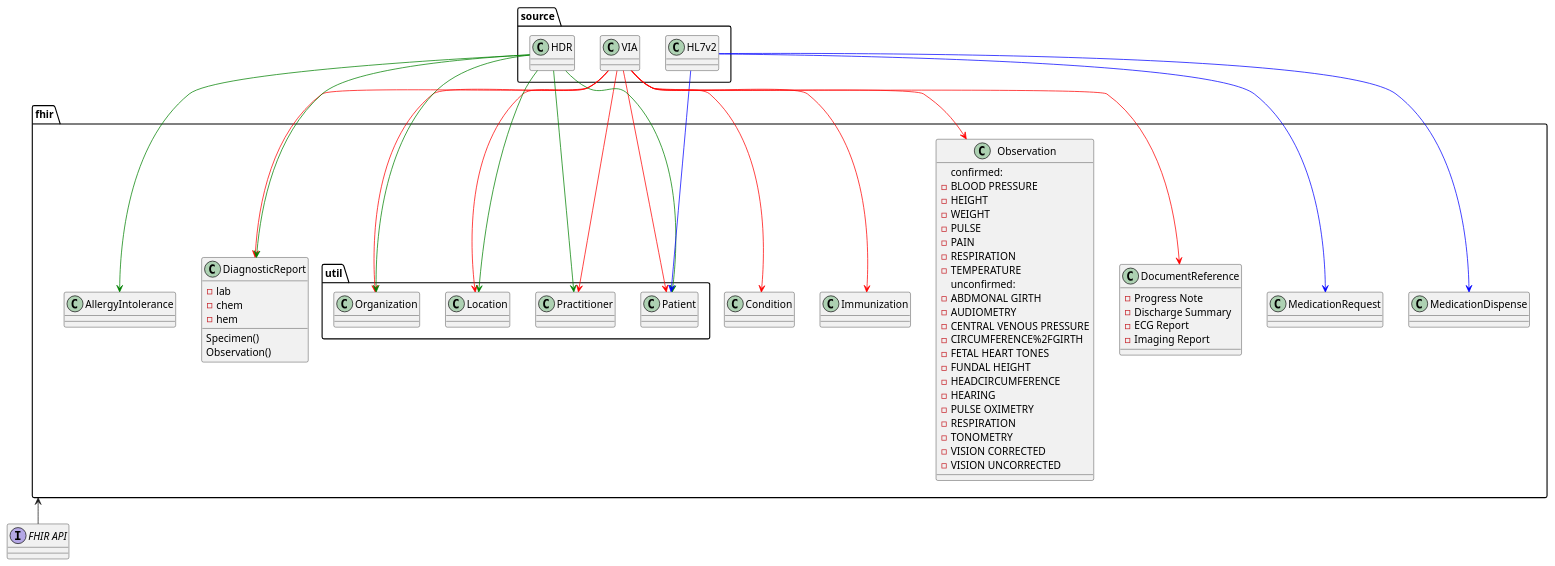
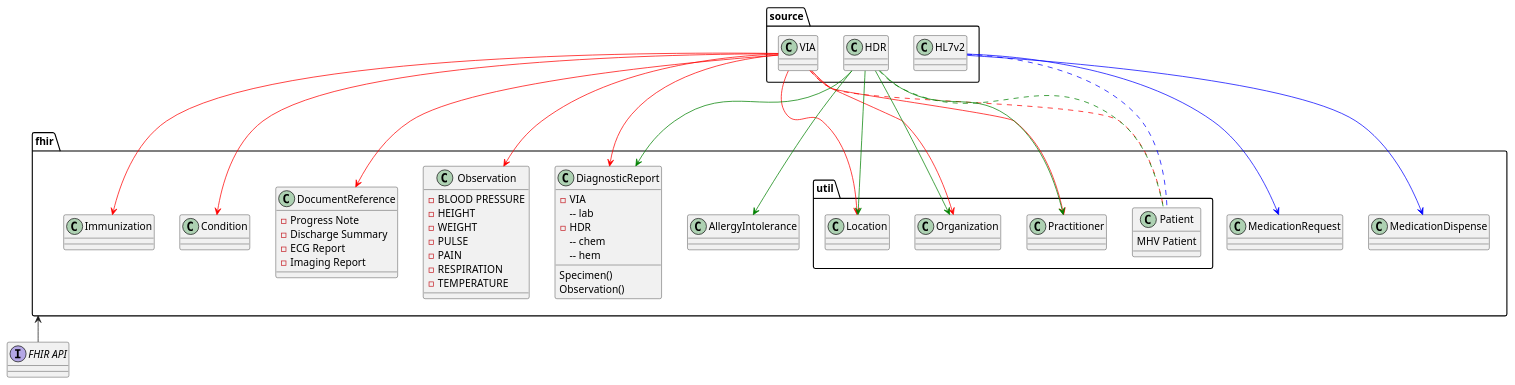
One commit to department-of-veterans-affairs/mhv-fhir-phr-mapping changed the diagram in input/images-source/data-flow.plantuml. Above: the diagram before and after it, drawn with PlantUML. The commit also changed 876 other files, not shown here.

```diff
--- a/input/images-source/data-flow.plantuml
+++ b/input/images-source/data-flow.plantuml
@@ -1,92 +1,76 @@
 @startuml
 
 
 package source {
+    class source.HDR
+    class source.VIA
     class source.HL7v2
-    class source.VIA
-    class source.HDR
 }
 
 package fhir {
     package util {
-        class fhir.util.Patient
+        class fhir.util.Patient {
+MHV Patient 
+             }
         class fhir.util.Practitioner
         class fhir.util.Location
         class fhir.util.Organization
     }
     class fhir.AllergyIntolerance
     class fhir.Immunization
     class fhir.Condition
     class fhir.DiagnosticReport {
-        - lab
-        - chem 
-        - hem 
+        - VIA
+        -- lab
+        - HDR
+        -- chem 
+        -- hem 
         Specimen()
         Observation()
     }
-
     class fhir.DocumentReference {
         - Progress Note 
         - Discharge Summary
         - ECG Report
         - Imaging Report
     }
     class fhir.Observation {
-confirmed:
-- BLOOD PRESSURE 
-- HEIGHT
-- WEIGHT
-- PULSE 
-- PAIN 
-- RESPIRATION 
-- TEMPERATURE 
-unconfirmed:
-- ABDMONAL GIRTH
-- AUDIOMETRY
-- CENTRAL VENOUS PRESSURE
-- CIRCUMFERENCE%2FGIRTH
-- FETAL HEART TONES
-- FUNDAL HEIGHT
-- HEADCIRCUMFERENCE
-- HEARING
-- PULSE OXIMETRY
-- RESPIRATION
-- TONOMETRY
-- VISION CORRECTED
-- VISION UNCORRECTED
+        - BLOOD PRESSURE 
+        - HEIGHT
+        - WEIGHT
+        - PULSE 
+        - PAIN 
+        - RESPIRATION 
+        - TEMPERATURE 
     }
     class fhir.MedicationRequest
     class fhir.MedicationDispense
-
 }
 
 source.HL7v2 -[#blue]down-> fhir.MedicationRequest
 source.HL7v2 -[#blue]down-> fhir.MedicationDispense
+source.HL7v2 ..[#blue]down. fhir.util.Patient
 
-
-source.VIA -[#red]down-> fhir.util.Patient
+source.VIA ..[#red]down. fhir.util.Patient
 source.VIA -[#red]down-> fhir.util.Practitioner
 source.VIA -[#red]down-> fhir.util.Location
 source.VIA -[#red]down-> fhir.util.Organization
-
-source.HDR -[#green]down-> fhir.util.Patient
-source.HDR -[#green]down-> fhir.util.Practitioner
-source.HDR -[#green]down-> fhir.util.Location
-source.HDR -[#green]down-> fhir.util.Organization
-
-source.HL7v2 -[#blue]down-> fhir.util.Patient
-
 source.VIA -[#red]down-> fhir.Observation
 source.VIA -[#red]down-> fhir.DiagnosticReport
 
 source.VIA -[#red]down-> fhir.Condition
 source.VIA -[#red]down-> fhir.DocumentReference
 source.VIA -[#red]down-> fhir.Immunization
 
 source.HDR -[#green]down-> fhir.DiagnosticReport
 source.HDR -[#green]down-> fhir.AllergyIntolerance
 
+source.HDR ..[#green]down. fhir.util.Patient
+source.HDR -[#green]down-> fhir.util.Practitioner
+source.HDR -[#green]down-> fhir.util.Location
+source.HDR -[#green]down-> fhir.util.Organization
+
 interface "FHIR API" as API 
 API -up-> fhir
 
 @enduml
```
